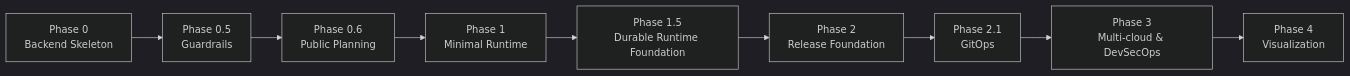
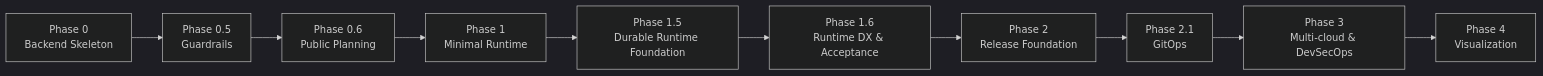
Before and after one commit to sevoniva/Nivora: the tenth of 11 diagrams in README.md, drawn with Mermaid (dark theme). The commit also changed other lines of this file and 28 other files, not shown here.

````diff
--- a/README.md
+++ b/README.md
@@ -855,14 +865,15 @@
 ```mermaid
 flowchart LR
     P0["Phase 0<br/>Backend Skeleton"]
     P05["Phase 0.5<br/>Guardrails"]
     P06["Phase 0.6<br/>Public Planning"]
     P1["Phase 1<br/>Minimal Runtime"]
     P15["Phase 1.5<br/>Durable Runtime Foundation"]
+    P16["Phase 1.6<br/>Runtime DX & Acceptance"]
     P2["Phase 2<br/>Release Foundation"]
     P21["Phase 2.1<br/>GitOps"]
     P3["Phase 3<br/>Multi-cloud & DevSecOps"]
     P4["Phase 4<br/>Visualization"]
 
-    P0 --> P05 --> P06 --> P1 --> P15 --> P2 --> P21 --> P3 --> P4
+    P0 --> P05 --> P06 --> P1 --> P15 --> P16 --> P2 --> P21 --> P3 --> P4
 ```
````
